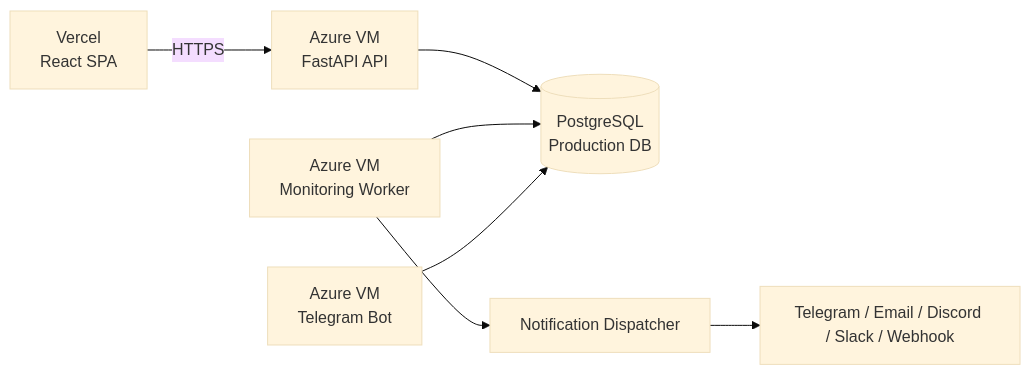
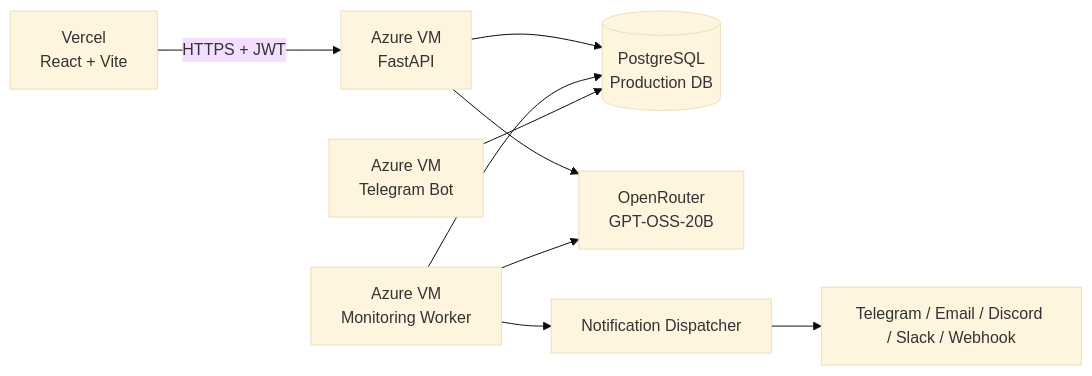
The diagram in README.md (Robibiruk/PulseWatch), drawn with Mermaid (base theme) before and after one commit. The commit also changed other lines of this file, not shown here.

Commit message:
Update README for Azure self-hosted production and OpenRouter AI model

````diff
--- a/README.md
+++ b/README.md
@@ -105,9 +108,11 @@
 ```mermaid
 graph LR
-    FE[Vercel<br/>React SPA] -->|HTTPS| API[Azure VM<br/>FastAPI API]
+    FE[Vercel<br/>React + Vite] -->|HTTPS + JWT| API[Azure VM<br/>FastAPI]
     API --> DB[(PostgreSQL<br/>Production DB)]
+    API --> AI[OpenRouter<br/>GPT-OSS-20B]
     Worker[Azure VM<br/>Monitoring Worker] --> DB
+    Worker --> AI
     Bot[Azure VM<br/>Telegram Bot] --> DB
     Worker --> Notify[Notification Dispatcher]
     Notify --> Channels[Telegram / Email / Discord / Slack / Webhook]
 ```
````
